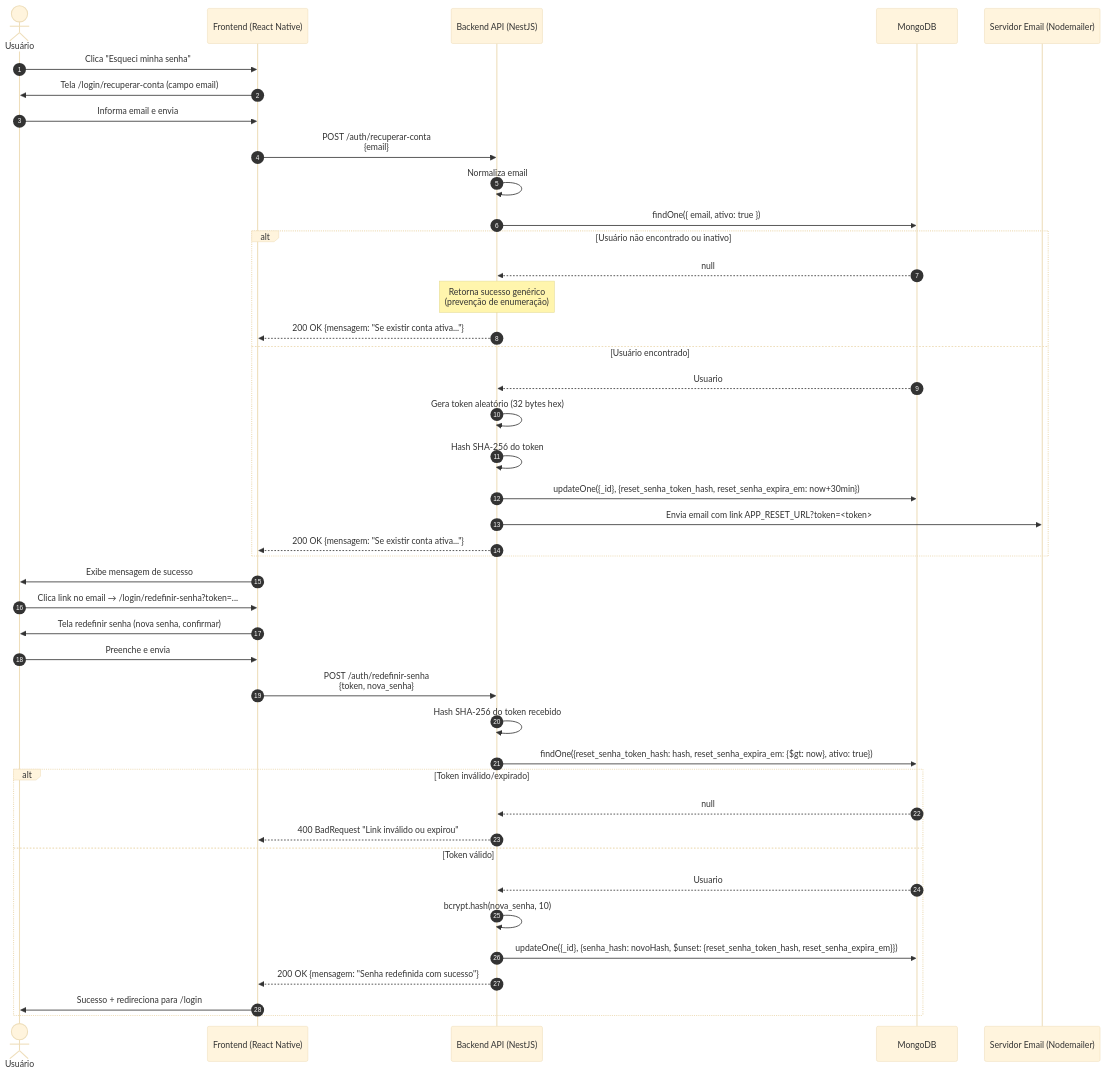
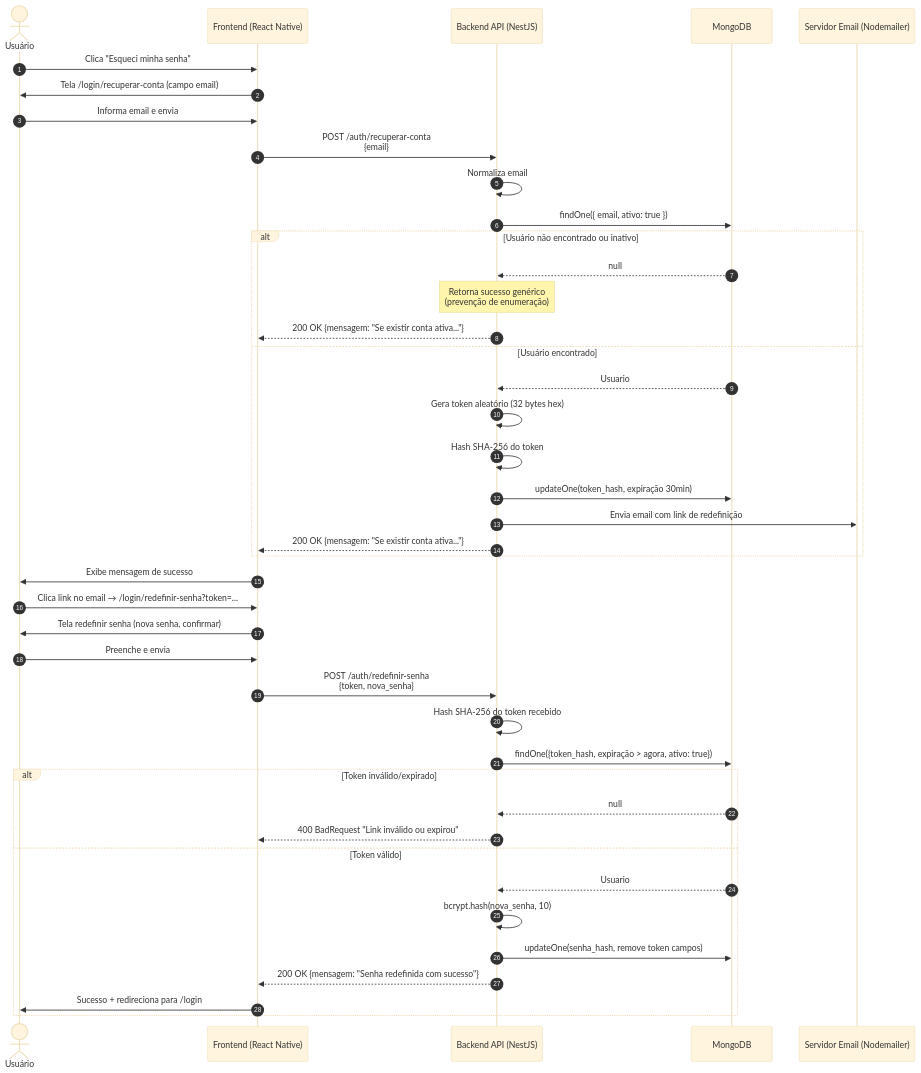
Before and after one commit to MrLucasMoreira/PDSI-Conecta-: the third of 10 diagrams in docs/cadastro-usuario/6 - diagramas-sequencia-cadastro-usuario.md, drawn with Mermaid (base theme). The commit also changed other lines of this file and 1 other file, not shown here.

Commit message:
fix: Ajuste dos documentos casos de uso e diagrama de sequencia

````diff
--- a/docs/cadastro-usuario/6 - diagramas-sequencia-cadastro-usuario.md
+++ b/docs/cadastro-usuario/6 - diagramas-sequencia-cadastro-usuario.md
@@ -114,50 +114,50 @@
 ```mermaid
 sequenceDiagram
     autonumber
     actor Usuario as Usuário
     participant Frontend as Frontend (React Native)
     participant API as Backend API (NestJS)
     participant DB as MongoDB
     participant Email as Servidor Email (Nodemailer)
 
     %% Solicitação
     Usuario->>Frontend: Clica "Esqueci minha senha"
     Frontend->>Usuario: Tela /login/recuperar-conta (campo email)
     Usuario->>Frontend: Informa email e envia
     Frontend->>API: POST /auth/recuperar-conta<br/>{email}
     API->>API: Normaliza email
     API->>DB: findOne({ email, ativo: true })
     
     alt Usuário não encontrado ou inativo
         DB-->>API: null
         Note over API: Retorna sucesso genérico<br/>(prevenção de enumeração)
         API-->>Frontend: 200 OK {mensagem: "Se existir conta ativa..."}
     else Usuário encontrado
         DB-->>API: Usuario
         API->>API: Gera token aleatório (32 bytes hex)
         API->>API: Hash SHA-256 do token
-        API->>DB: updateOne({_id}, {reset_senha_token_hash, reset_senha_expira_em: now+30min})
-        API->>Email: Envia email com link APP_RESET_URL?token=<token>
+        API->>DB: updateOne(token_hash, expiração 30min)
+        API->>Email: Envia email com link de redefinição
         API-->>Frontend: 200 OK {mensagem: "Se existir conta ativa..."}
     end
     Frontend->>Usuario: Exibe mensagem de sucesso
 
     %% Redefinição
     Usuario->>Frontend: Clica link no email → /login/redefinir-senha?token=...
     Frontend->>Usuario: Tela redefinir senha (nova senha, confirmar)
     Usuario->>Frontend: Preenche e envia
     Frontend->>API: POST /auth/redefinir-senha<br/>{token, nova_senha}
     API->>API: Hash SHA-256 do token recebido
-    API->>DB: findOne({reset_senha_token_hash: hash, reset_senha_expira_em: {$gt: now}, ativo: true})
+    API->>DB: findOne({token_hash, expiração > agora, ativo: true})
     
     alt Token inválido/expirado
         DB-->>API: null
         API-->>Frontend: 400 BadRequest "Link inválido ou expirou"
     else Token válido
         DB-->>API: Usuario
         API->>API: bcrypt.hash(nova_senha, 10)
-        API->>DB: updateOne({_id}, {senha_hash: novoHash, $unset: {reset_senha_token_hash, reset_senha_expira_em}})
+        API->>DB: updateOne(senha_hash, remove token campos)
         API-->>Frontend: 200 OK {mensagem: "Senha redefinida com sucesso"}
         Frontend->>Usuario: Sucesso + redireciona para /login
     end
 ```
````
